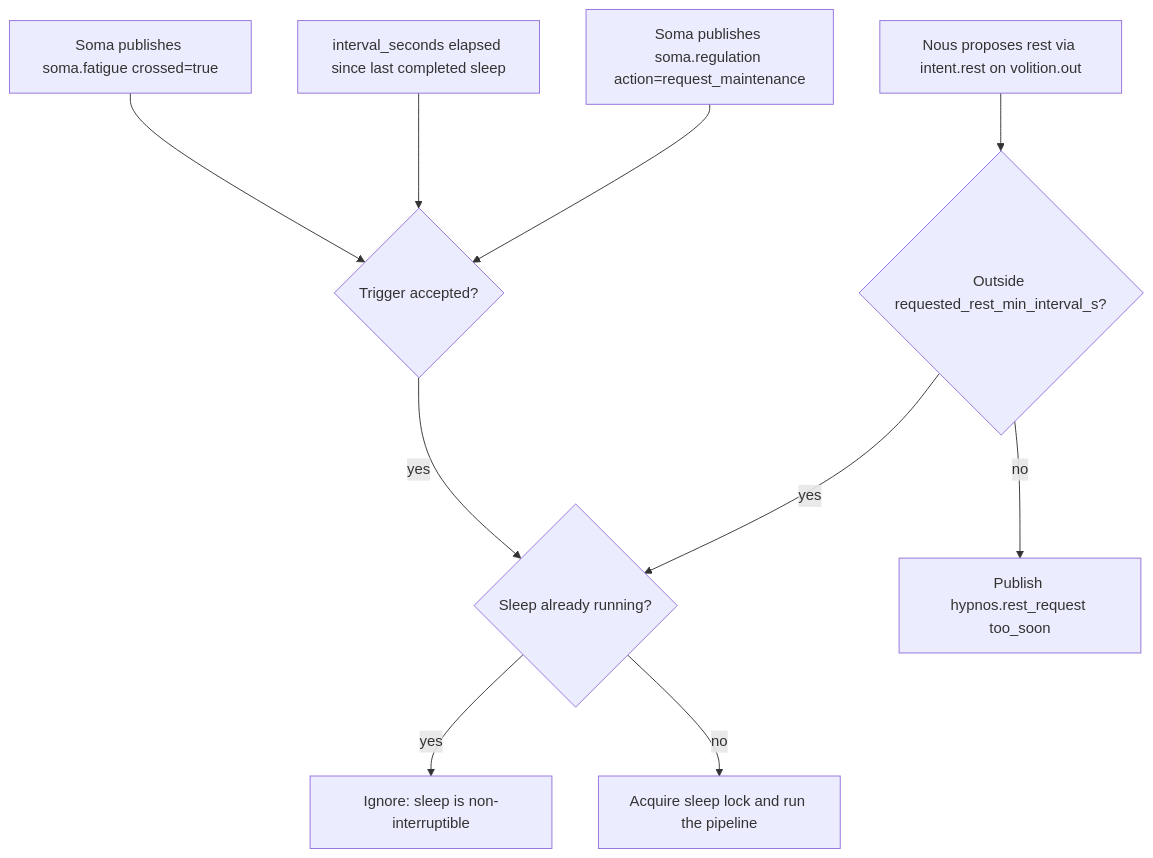
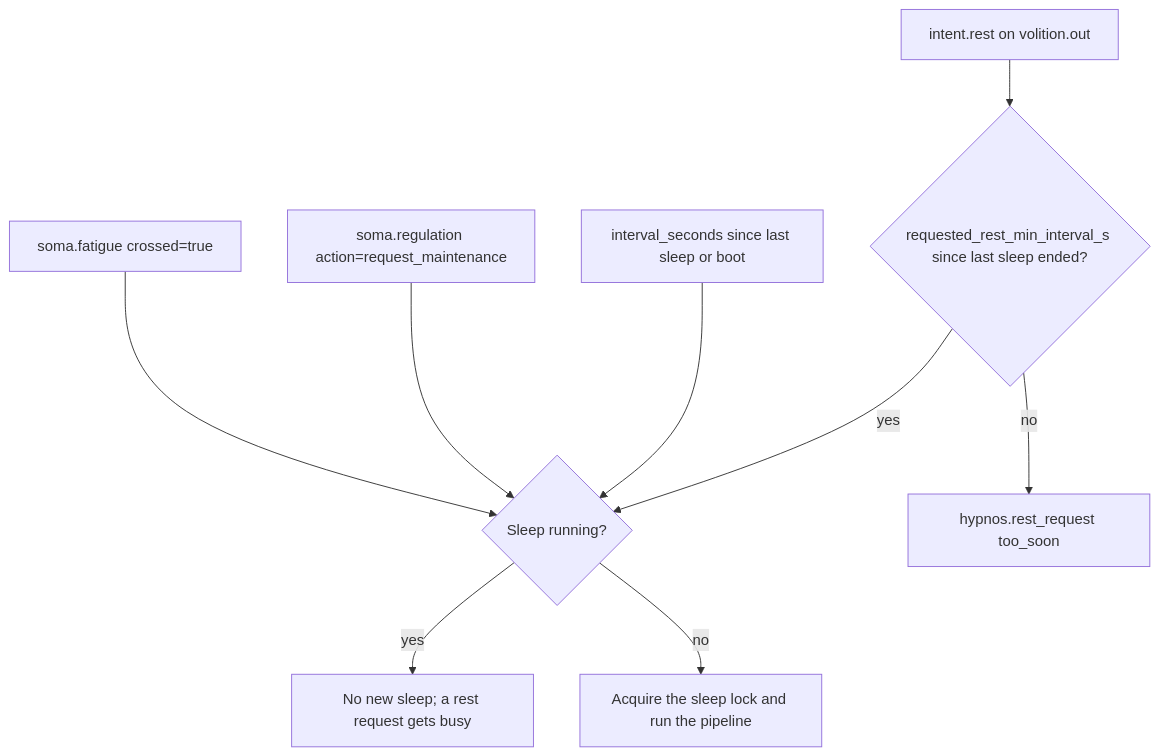
The first of 2 diagrams in docs/10-sleep/README.md (kaineone/kaine), drawn with Mermaid before and after one commit. The commit also changed other lines of this file and 72 other files, not shown here.

````diff
--- a/docs/10-sleep/README.md
+++ b/docs/10-sleep/README.md
@@ -13,13 +17,11 @@
 ```mermaid
 flowchart TD
-    A[Soma publishes soma.fatigue crossed=true] --> B{Trigger accepted?}
-    B -->|yes| C{Sleep already running?}
-    C -->|yes| D[Ignore: sleep is non-interruptible]
-    C -->|no| E[Acquire sleep lock and run the pipeline]
-
-    F[interval_seconds elapsed since last completed sleep] --> B
-    G[Soma publishes soma.regulation action=request_maintenance] --> B
-    H[Nous proposes rest via intent.rest on volition.out] --> I{Outside requested_rest_min_interval_s?}
-    I -->|yes| C
-    I -->|no| J[Publish hypnos.rest_request too_soon]
+    A[soma.fatigue crossed=true] --> B{Sleep running?}
+    G[soma.regulation action=request_maintenance] --> B
+    F[interval_seconds since last sleep or boot] --> B
+    H[intent.rest on volition.out] --> I{requested_rest_min_interval_s since last sleep ended?}
+    I -->|no| J[hypnos.rest_request too_soon]
+    I -->|yes| B
+    B -->|yes| D[No new sleep; a rest request gets busy]
+    B -->|no| E[Acquire the sleep lock and run the pipeline]
 ```
````
